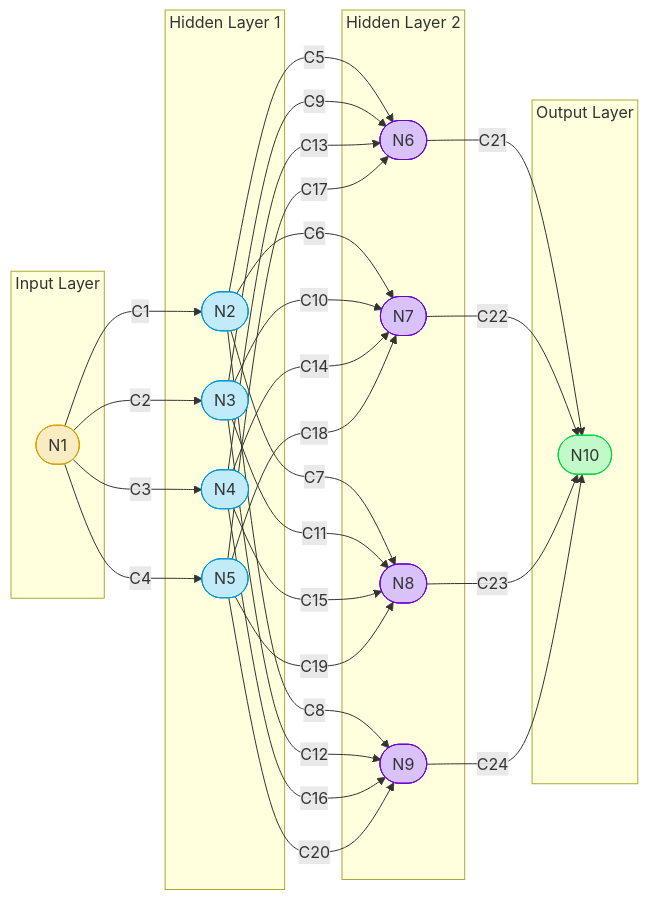
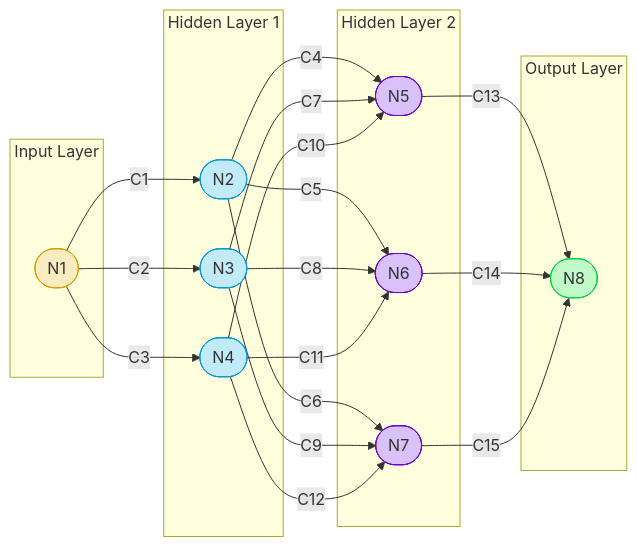
The diagram in quarto/2.4-machine_learning.qmd (KevinJKoning/SEH), drawn with Mermaid before and after one commit. The commit also changed other lines of this file, not shown here.

Commit message:
Neutral Mermaid theme - it works!

````diff
--- a/quarto/2.4-machine_learning.qmd
+++ b/quarto/2.4-machine_learning.qmd
@@ -90,67 +93,52 @@
 ```{mermaid}
-%%{init: {'themeVariables': {'spacing': 5}}}%%
 graph LR
   %% Define classes with desired styles
   classDef inputLayer fill:#f9ebc2,stroke:#d6a000;
   classDef hiddenLayer1 fill:#c2ebf9,stroke:#0096d6;
   classDef hiddenLayer2 fill:#d8c2f9,stroke:#6a00d6;
   classDef outputLayer fill:#c2f9c9,stroke:#00d640;
 
   subgraph Input Layer
     N1(["N1"])
     class N1 inputLayer;
   end
 
   subgraph Hidden Layer 1
     N2(["N2"])
     N3(["N3"])
     N4(["N4"])
-    N5(["N5"])
-    class N2,N3,N4,N5 hiddenLayer1;
+    class N2,N3,N4 hiddenLayer1;
   end
 
   subgraph Hidden Layer 2
+    N5(["N5"])
     N6(["N6"])
     N7(["N7"])
-    N8(["N8"])
-    N9(["N9"])
-    class N6,N7,N8,N9 hiddenLayer2;
+    class N5,N6,N7 hiddenLayer2;
   end
 
   subgraph Output Layer
-    N10(["N10"])
-    class N10 outputLayer;
+    N8(["N8"])
+    class N8 outputLayer;
   end
 
   N1 -->|C1| N2
   N1 -->|C2| N3
   N1 -->|C3| N4
-  N1 -->|C4| N5
   
+  N2 -->|C4| N5
   N2 -->|C5| N6
   N2 -->|C6| N7
-  N2 -->|C7| N8
-  N2 -->|C8| N9
   
-  N3 -->|C9| N6
-  N3 -->|C10| N7
-  N3 -->|C11| N8
-  N3 -->|C12| N9
+  N3 -->|C7| N5
+  N3 -->|C8| N6
+  N3 -->|C9| N7
   
-  N4 -->|C13| N6
-  N4 -->|C14| N7
-  N4 -->|C15| N8
-  N4 -->|C16| N9
+  N4 -->|C10| N5
+  N4 -->|C11| N6
+  N4 -->|C12| N7
   
-  N5 -->|C17| N6
-  N5 -->|C18| N7
-  N5 -->|C19| N8
-  N5 -->|C20| N9
-  
-  N6 -->|C21| N10
-  N7 -->|C22| N10
-  N8 -->|C23| N10
-  N9 -->|C24| N10
-
-
+  N5 -->|C13| N8
+  N6 -->|C14| N8
+  N7 -->|C15| N8
 ```
````
